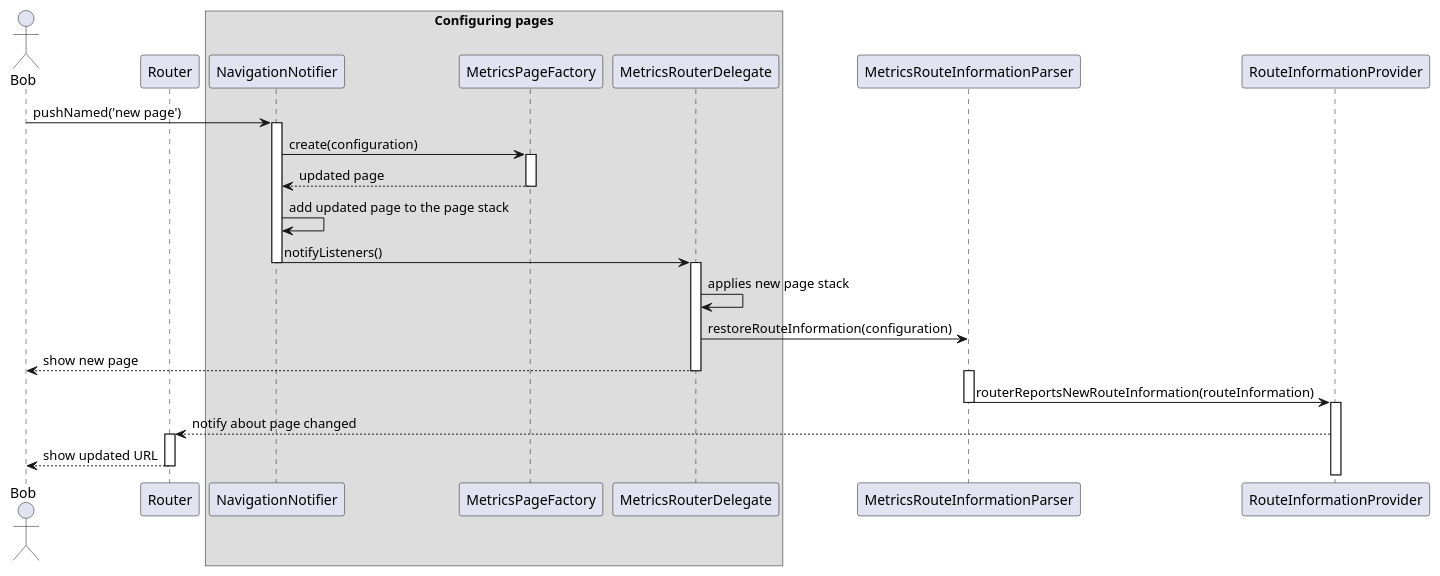
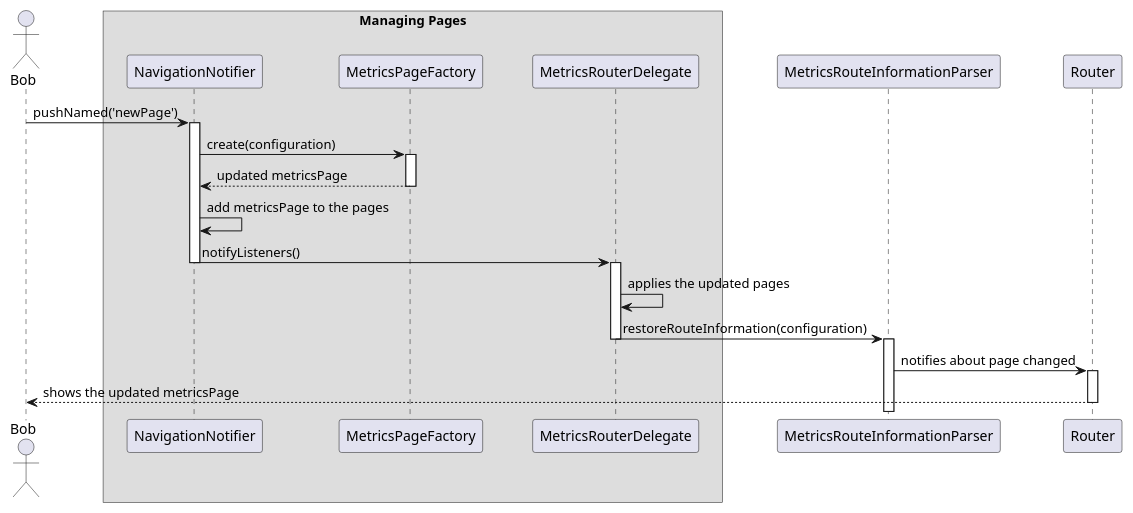
Before and after one commit to Flank/flank-dashboard: the diagram in metrics/web/docs/features/navigation/diagrams/internal_navigation_sequence_diagram.puml, drawn with PlantUML. The commit also changed 3 other files, not shown here.

```diff
--- a/metrics/web/docs/features/navigation/diagrams/internal_navigation_sequence_diagram.puml
+++ b/metrics/web/docs/features/navigation/diagrams/internal_navigation_sequence_diagram.puml
@@ -1,47 +1,44 @@
 @startuml internal_navigation_sequence_diagram
+skinparam ParticipantPadding 20
+skinparam BoxPadding 10
 
 actor Bob
 
-participant Router
 
-box Configuring pages
+
+box Managing Pages
 participant NavigationNotifier
 participant MetricsPageFactory
 participant MetricsRouterDelegate
 endbox
 
 participant MetricsRouteInformationParser
 
-participant RouteInformationProvider
+participant Router
 
-Bob -> NavigationNotifier : pushNamed('new page')
+Bob -> NavigationNotifier : pushNamed('newPage')
 activate NavigationNotifier
 
 NavigationNotifier -> MetricsPageFactory : create(configuration)
 activate MetricsPageFactory
 
-return updated page
+return updated metricsPage
 
-NavigationNotifier -> NavigationNotifier : add updated page to the page stack
+NavigationNotifier -> NavigationNotifier : add metricsPage to the pages
 
 NavigationNotifier -> MetricsRouterDelegate : notifyListeners()
 deactivate NavigationNotifier
 activate MetricsRouterDelegate
 
-MetricsRouterDelegate -> MetricsRouterDelegate: applies new page stack
+MetricsRouterDelegate -> MetricsRouterDelegate: applies the updated pages
 
 MetricsRouterDelegate -> MetricsRouteInformationParser : restoreRouteInformation(configuration)
-MetricsRouterDelegate --> Bob : show new page
 deactivate MetricsRouterDelegate
 activate MetricsRouteInformationParser
 
-MetricsRouteInformationParser -> RouteInformationProvider : routerReportsNewRouteInformation(routeInformation)
-deactivate MetricsRouteInformationParser
-activate RouteInformationProvider
-
-RouteInformationProvider --> Router : notify about page changed
+MetricsRouteInformationParser -> Router : notifies about page changed
 activate Router
 
-Router --> Bob : show updated URL
+Router --> Bob : shows the updated metricsPage
 deactivate Router
 @enduml
```
